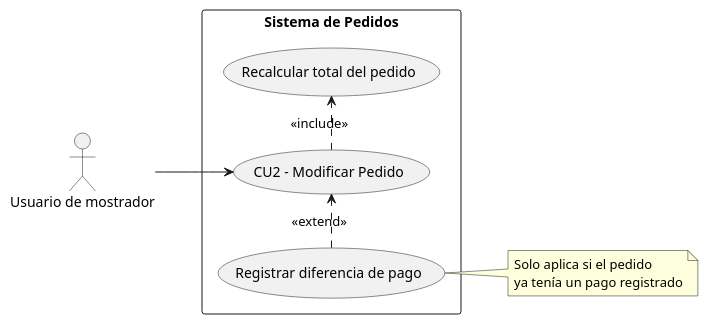
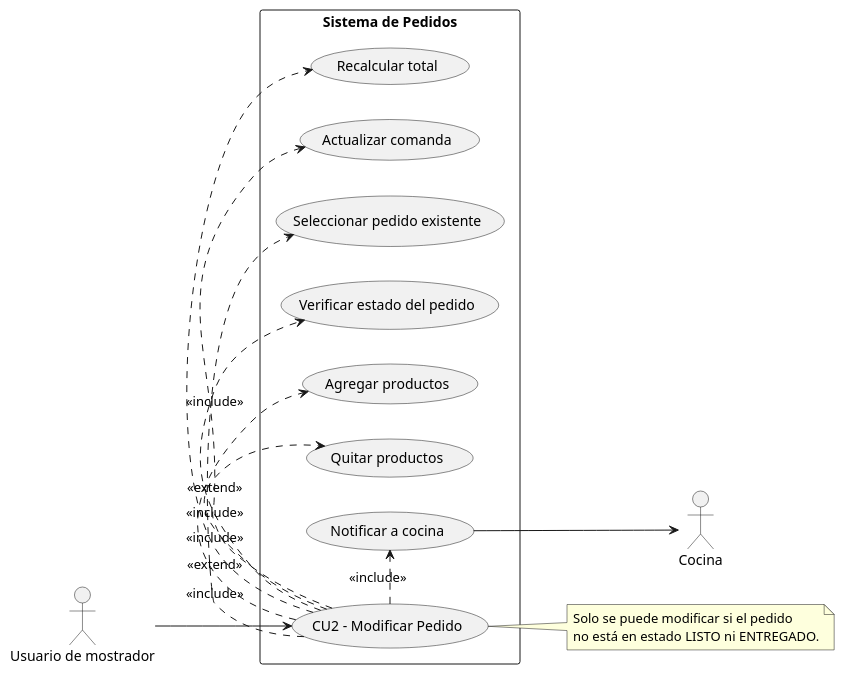
Before and after one commit to santimarM/SistemaPedidos: the diagram in diagramas/02-casos-de-uso/02-caso-uso-modificar-pedido-02.puml, drawn with PlantUML. The commit also changed 9 other files, not shown here.

Commit message:
fix: resuelve RC2 (UTF-8 en PNG) y RC3 (diagramas de casos de uso mejorados)

```diff
--- a/diagramas/02-casos-de-uso/02-caso-uso-modificar-pedido-02.puml
+++ b/diagramas/02-casos-de-uso/02-caso-uso-modificar-pedido-02.puml
@@ -1,20 +1,33 @@
 @startuml
 left to right direction
 skinparam packageStyle rectangle
 
 actor "Usuario de mostrador" as Usuario
+actor "Cocina" as Cocina
 
 rectangle "Sistema de Pedidos" {
   usecase "CU2 - Modificar Pedido" as UC2
-  usecase "Recalcular total del pedido" as UC2a
-  usecase "Registrar diferencia de pago" as UC2b
+  usecase "Seleccionar pedido existente" as UC2a
+  usecase "Verificar estado del pedido" as UC2b
+  usecase "Agregar productos" as UC2c
+  usecase "Quitar productos" as UC2d
+  usecase "Recalcular total" as UC2e
+  usecase "Actualizar comanda" as UC2f
+  usecase "Notificar a cocina" as UC2g
 }
 
 Usuario --> UC2
 UC2 .> UC2a : <<include>>
-UC2b .> UC2 : <<extend>>
-note right of UC2b
-  Solo aplica si el pedido
-  ya tenía un pago registrado
+UC2 .> UC2b : <<include>>
+UC2 .> UC2c : <<extend>>
+UC2 .> UC2d : <<extend>>
+UC2 .> UC2e : <<include>>
+UC2 .> UC2f : <<include>>
+UC2 .> UC2g : <<include>>
+UC2g --> Cocina
+
+note right of UC2
+  Solo se puede modificar si el pedido
+  no está en estado LISTO ni ENTREGADO.
 end note
 @enduml
```
